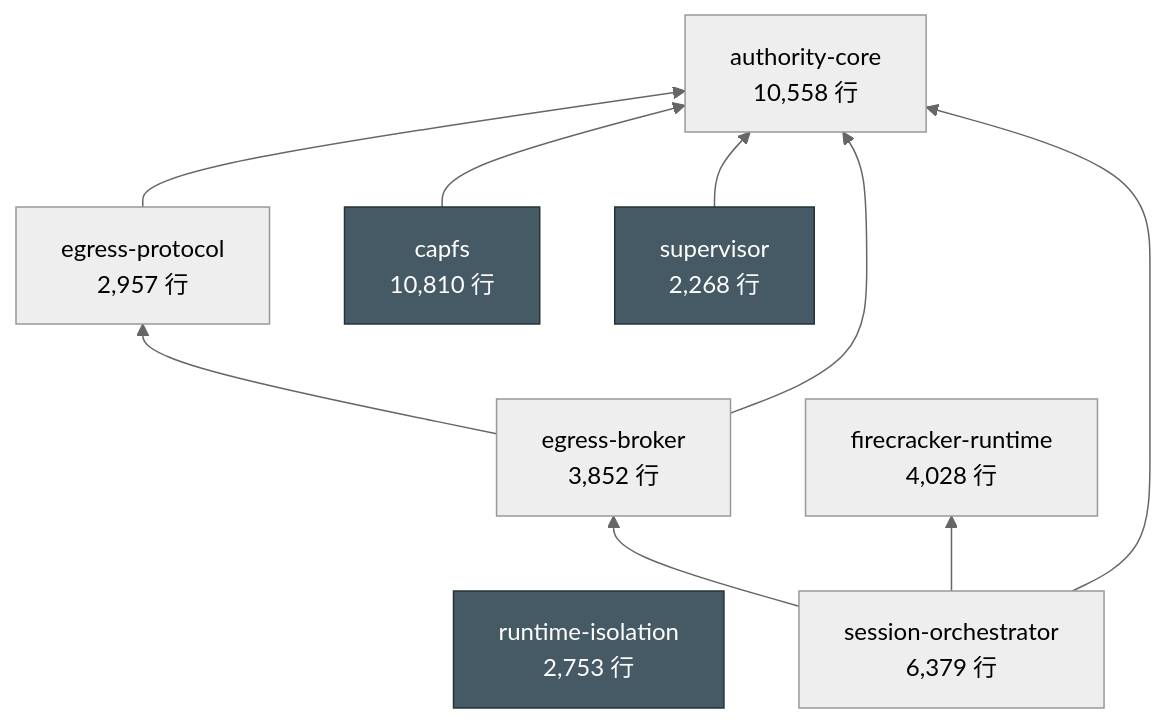
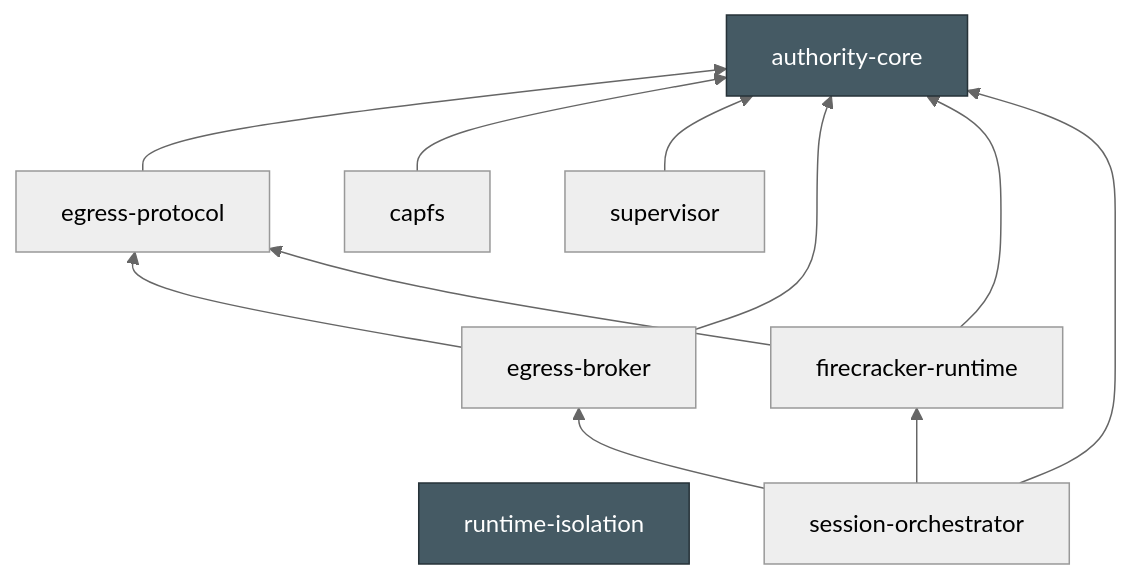
Before and after one commit to Aqua-218/SecCamp-AIAgent: the second of 3 diagrams in docs/design/architecture.md, drawn with Mermaid (neutral theme). The commit also changed other lines of this file, not shown here.

First line of the commit message:
docs(architecture): redraw the map around code that now exists

````diff
--- a/docs/design/architecture.md
+++ b/docs/design/architecture.md
@@ -95,23 +95,25 @@
 ```mermaid
 flowchart BT
-    ac["authority-core<br/>10,558 行"]
-    ep["egress-protocol<br/>2,957 行"]
-    eb["egress-broker<br/>3,852 行"]
-    cf["capfs<br/>10,810 行"]
-    sv["supervisor<br/>2,268 行"]
-    fr["firecracker-runtime<br/>4,028 行"]
-    ri["runtime-isolation<br/>2,753 行"]
-    so["session-orchestrator<br/>6,379 行"]
+    ac["authority-core"]
+    ep["egress-protocol"]
+    eb["egress-broker"]
+    cf["capfs"]
+    sv["supervisor"]
+    fr["firecracker-runtime"]
+    ri["runtime-isolation"]
+    so["session-orchestrator"]
 
     ep --> ac
     cf --> ac
     sv --> ac
     eb --> ac
     eb --> ep
+    fr --> ac
+    fr --> ep
     so --> ac
     so --> eb
     so --> fr
 
     classDef leaf fill:#455a64,color:#fff,stroke:#263238;
-    class cf,sv,ri leaf;
+    class ac,ri leaf;
 ```
````
